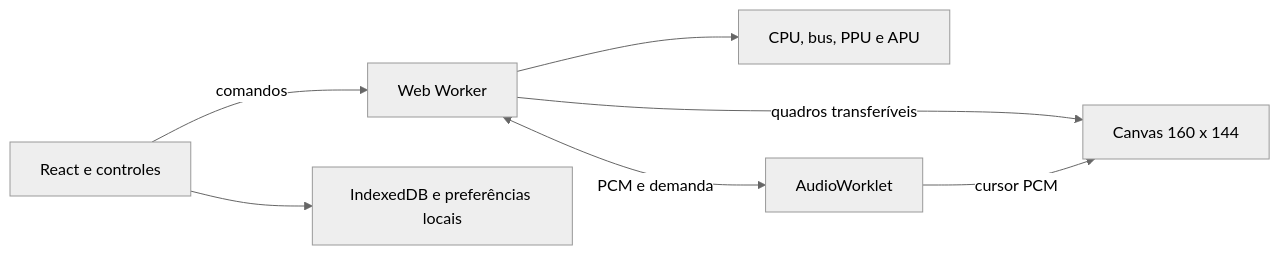
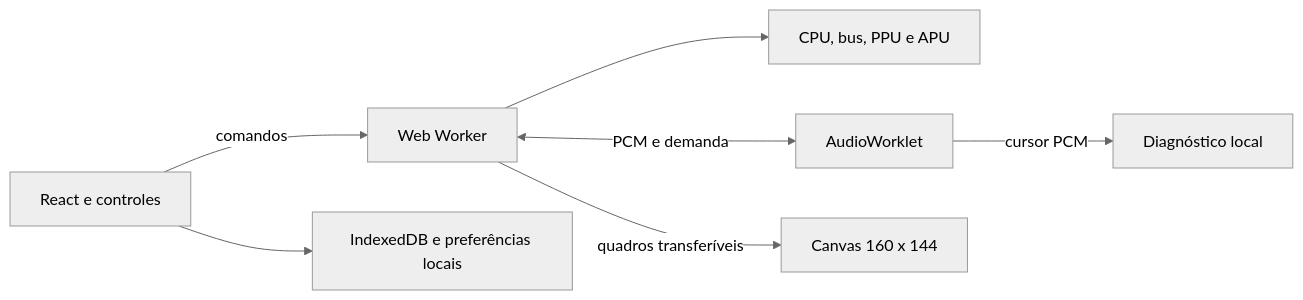
The diagram in README.md (coder-gaia/gameboy-emulator), drawn with Mermaid (neutral theme) before and after one commit. The commit also changed other lines of this file and 28 other files, not shown here.

````diff
--- a/README.md
+++ b/README.md
@@ -39,9 +39,9 @@
 ```mermaid
 flowchart LR
   UI[React e controles] -->|comandos| Worker[Web Worker]
   Worker --> Core[CPU, bus, PPU e APU]
   Worker <-->|PCM e demanda| Audio[AudioWorklet]
   Worker -->|quadros transferíveis| Canvas[Canvas 160 x 144]
-  Audio -->|cursor PCM| Canvas
+  Audio -->|cursor PCM| Metrics[Diagnóstico local]
   UI --> Storage[IndexedDB e preferências locais]
 ```
````
